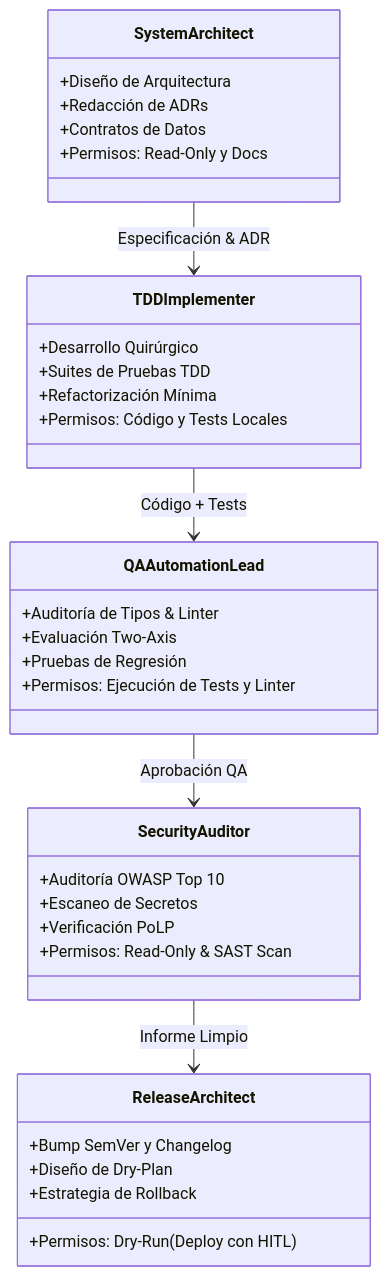
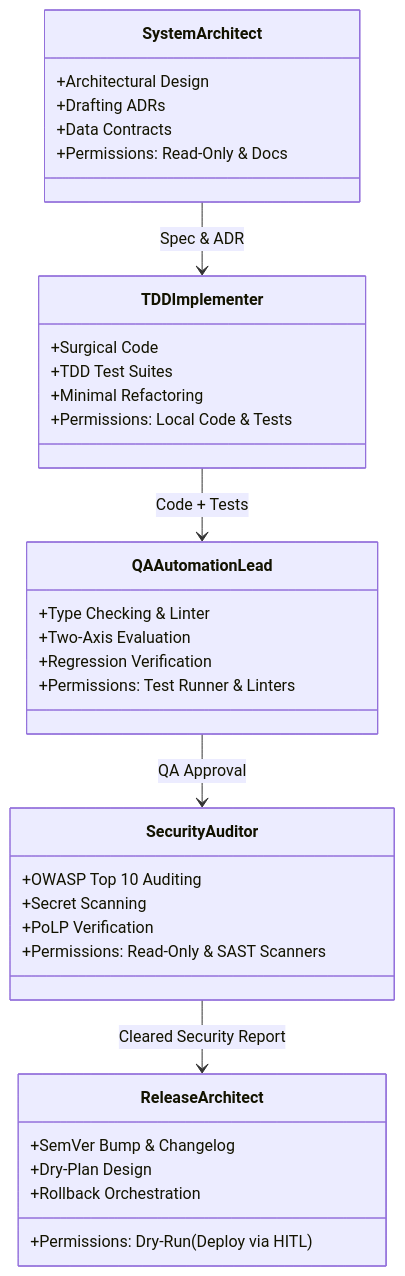
Before and after one commit to jmblanco/agentic-engineering-framework: the diagram in docs/ROLES.md, drawn with Mermaid. The commit also changed other lines of this file and 14 other files, not shown here.

````diff
--- a/docs/ROLES.md
+++ b/docs/ROLES.md
@@ -9,38 +9,38 @@
 ```mermaid
 classDiagram
     class SystemArchitect {
-        +Diseño de Arquitectura
-        +Redacción de ADRs
-        +Contratos de Datos
-        +Permisos: Read-Only y Docs
+        +Architectural Design
+        +Drafting ADRs
+        +Data Contracts
+        +Permissions: Read-Only & Docs
     }
     class TDDImplementer {
-        +Desarrollo Quirúrgico
-        +Suites de Pruebas TDD
-        +Refactorización Mínima
-        +Permisos: Código y Tests Locales
+        +Surgical Code
+        +TDD Test Suites
+        +Minimal Refactoring
+        +Permissions: Local Code & Tests
     }
     class QAAutomationLead {
-        +Auditoría de Tipos & Linter
-        +Evaluación Two-Axis
-        +Pruebas de Regresión
-        +Permisos: Ejecución de Tests y Linter
+        +Type Checking & Linter
+        +Two-Axis Evaluation
+        +Regression Verification
+        +Permissions: Test Runner & Linters
     }
     class SecurityAuditor {
-        +Auditoría OWASP Top 10
-        +Escaneo de Secretos
-        +Verificación PoLP
-        +Permisos: Read-Only & SAST Scan
+        +OWASP Top 10 Auditing
+        +Secret Scanning
+        +PoLP Verification
+        +Permissions: Read-Only & SAST Scanners
     }
     class ReleaseArchitect {
-        +Bump SemVer y Changelog
-        +Diseño de Dry-Plan
-        +Estrategia de Rollback
-        +Permisos: Dry-Run (Deploy con HITL)
+        +SemVer Bump & Changelog
+        +Dry-Plan Design
+        +Rollback Orchestration
+        +Permissions: Dry-Run (Deploy via HITL)
     }
 
-    SystemArchitect --> TDDImplementer : Especificación & ADR
-    TDDImplementer --> QAAutomationLead : Código + Tests
-    QAAutomationLead --> SecurityAuditor : Aprobación QA
-    SecurityAuditor --> ReleaseArchitect : Informe Limpio
+    SystemArchitect --> TDDImplementer : Spec & ADR
+    TDDImplementer --> QAAutomationLead : Code + Tests
+    QAAutomationLead --> SecurityAuditor : QA Approval
+    SecurityAuditor --> ReleaseArchitect : Cleared Security Report
 ```
````
